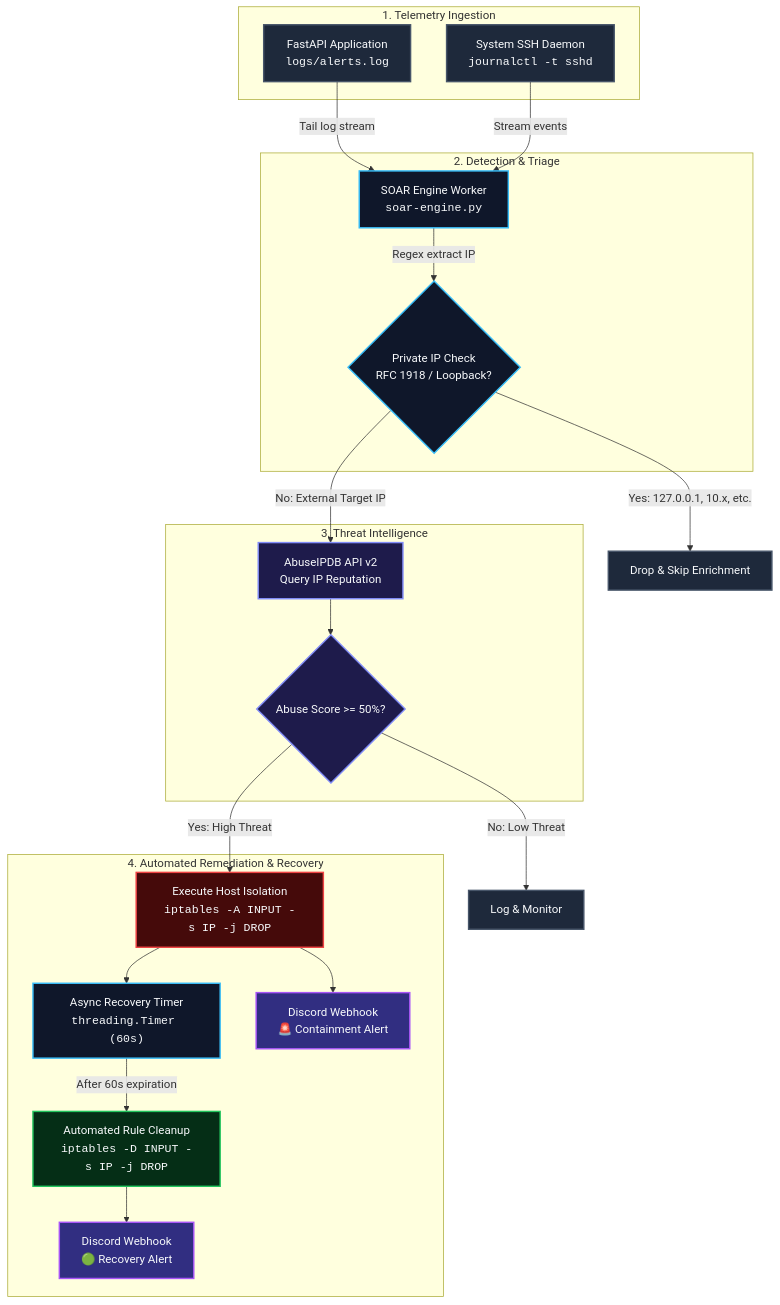
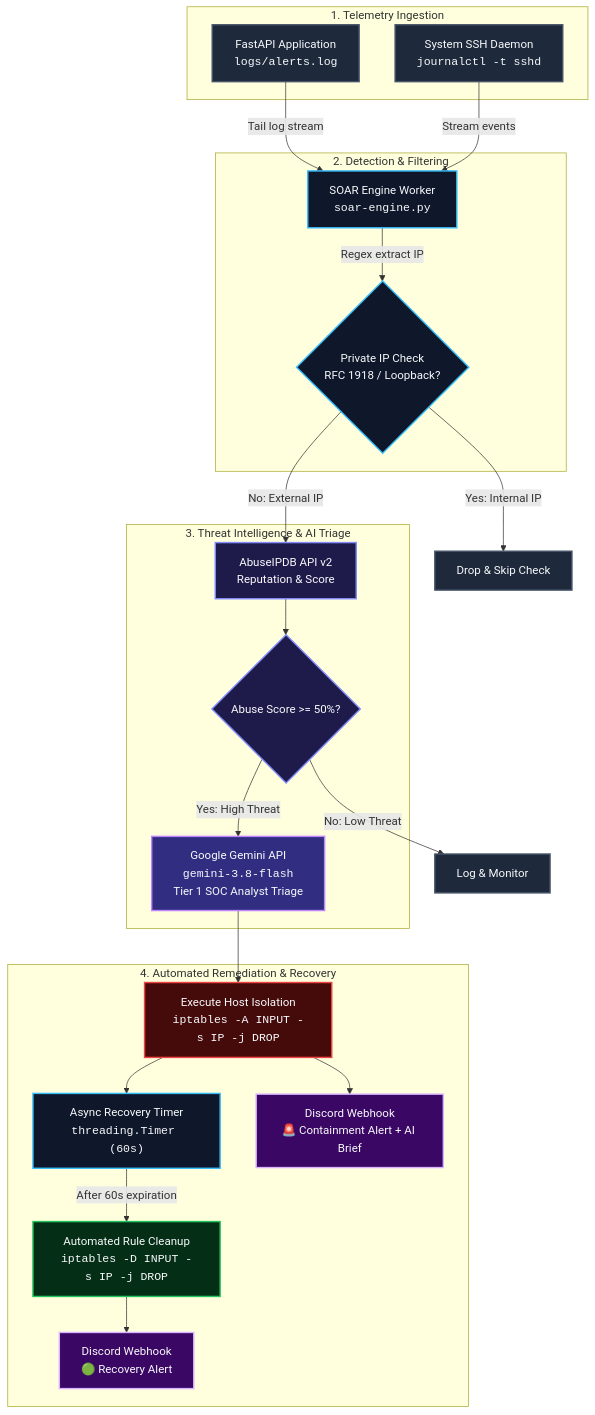
Before and after one commit to bjornargu/lightweight-soar: the diagram in README.md, drawn with Mermaid. The commit also changed 2 other files, not shown here.

Commit message:
Added AI-analyst triage of high threat IPs
gemini-3.8-flash acts as a tier 1 SOC analyst for high threat IP-addresses. A summary of findings is posted in the discord alert.

````diff
--- a/README.md
+++ b/README.md
@@ -12,53 +12,56 @@
 ```mermaid
 flowchart TD
-    %% Styling and Theme Defaults
+    %% Styling
     classDef source fill:#1e293b,stroke:#475569,stroke-width:2px,color:#f8fafc;
     classDef engine fill:#0f172a,stroke:#38bdf8,stroke-width:2px,color:#f8fafc;
     classDef enrich fill:#1e1b4b,stroke:#818cf8,stroke-width:2px,color:#f8fafc;
+    classDef ai fill:#312e81,stroke:#c084fc,stroke-width:2px,color:#f8fafc;
     classDef block fill:#450a0a,stroke:#ef4444,stroke-width:2px,color:#f8fafc;
     classDef recover fill:#052e16,stroke:#22c55e,stroke-width:2px,color:#f8fafc;
-    classDef alert fill:#312e81,stroke:#a855f7,stroke-width:2px,color:#f8fafc;
+    classDef alert fill:#3b0764,stroke:#d8b4fe,stroke-width:2px,color:#f8fafc;
 
     %% Ingestion Sources
     subgraph Ingestion["1. Telemetry Ingestion"]
         APP["FastAPI Application<br/><code>logs/alerts.log</code>"]:::source
         SSH["System SSH Daemon<br/><code>journalctl -t sshd</code>"]:::source
     end
 
     %% Core Engine & Parsing
-    subgraph Engine["2. Detection & Triage"]
+    subgraph Engine["2. Detection & Filtering"]
         SOAR["SOAR Engine Worker<br/><code>soar-engine.py</code>"]:::engine
         FILTER{"Private IP Check<br/>RFC 1918 / Loopback?"}:::engine
     end
 
     APP -->|Tail log stream| SOAR
     SSH -->|Stream events| SOAR
     SOAR -->|Regex extract IP| FILTER
 
-    FILTER -->|Yes: 127.0.0.1, 10.x, etc.| SKIP["Drop & Skip Enrichment"]:::source
-    FILTER -->|No: External Target IP| API
+    FILTER -->|Yes: Internal IP| SKIP["Drop & Skip Check"]:::source
+    FILTER -->|No: External IP| API
 
-    %% Enrichment Layer
-    subgraph ThreatIntel["3. Threat Intelligence"]
-        API["AbuseIPDB API v2<br/>Query IP Reputation"]:::enrich
+    %% Threat Intelligence & AI Triage
+    subgraph Analysis["3. Threat Intelligence & AI Triage"]
+        API["AbuseIPDB API v2<br/>Reputation & Score"]:::enrich
         SCORE{"Abuse Score >= 50%?"}:::enrich
+        GEMINI["Google Gemini API<br/><code>gemini-3.8-flash</code><br/>Tier 1 SOC Analyst Triage"]:::ai
     end
 
     API --> SCORE
     SCORE -->|No: Low Threat| LOG["Log & Monitor"]:::source
+    SCORE -->|Yes: High Threat| GEMINI
 
     %% Automated Remediation & Alerts
     subgraph Response["4. Automated Remediation & Recovery"]
         IPTABLES["Execute Host Isolation<br/><code>iptables -A INPUT -s IP -j DROP</code>"]:::block
         TIMER["Async Recovery Timer<br/><code>threading.Timer (60s)</code>"]:::engine
         CLEANUP["Automated Rule Cleanup<br/><code>iptables -D INPUT -s IP -j DROP</code>"]:::recover
-        DISCORD_BLOCK["Discord Webhook<br/>🚨 Containment Alert"]:::alert
+        DISCORD_BLOCK["Discord Webhook<br/>🚨 Containment Alert + AI Brief"]:::alert
         DISCORD_UNBLOCK["Discord Webhook<br/>🟢 Recovery Alert"]:::alert
     end
 
-    SCORE -->|Yes: High Threat| IPTABLES
+    GEMINI --> IPTABLES
     IPTABLES --> DISCORD_BLOCK
     IPTABLES --> TIMER
     TIMER -->|After 60s expiration| CLEANUP
     CLEANUP --> DISCORD_UNBLOCK
 ```
````
